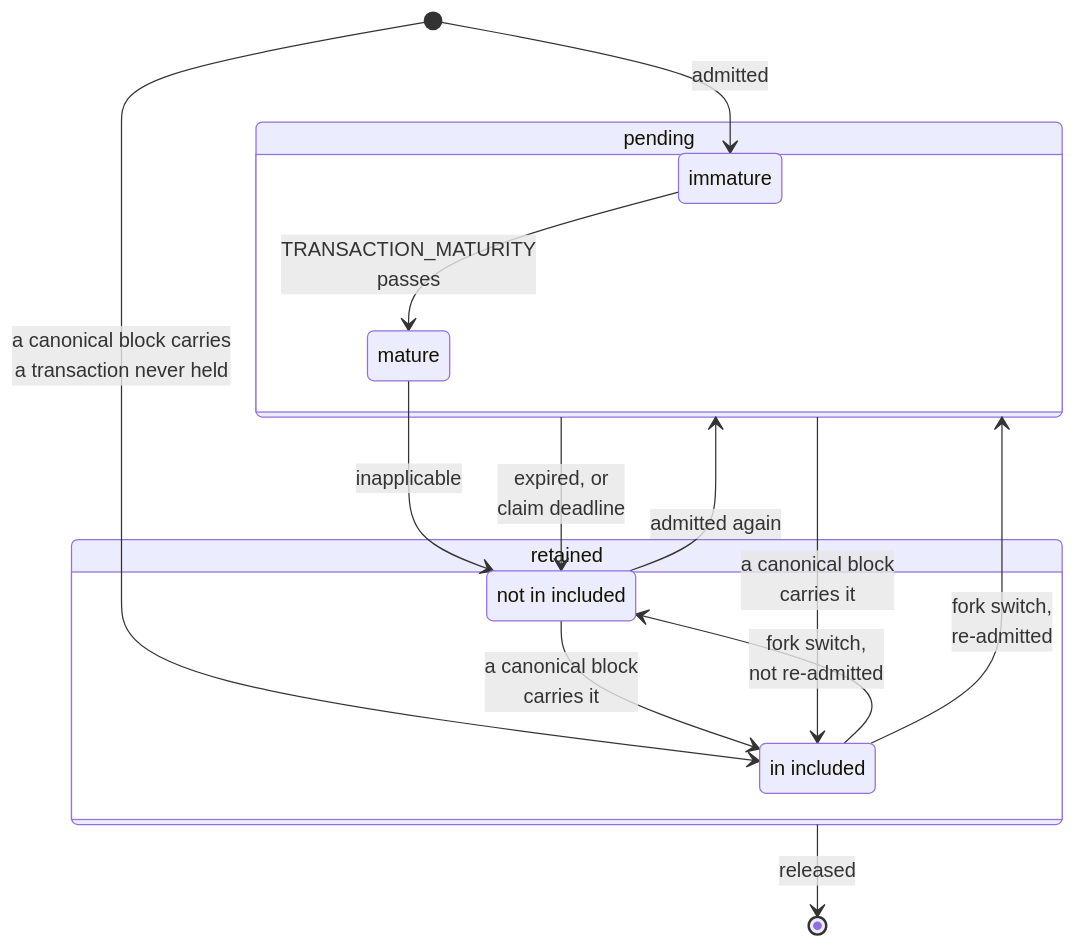
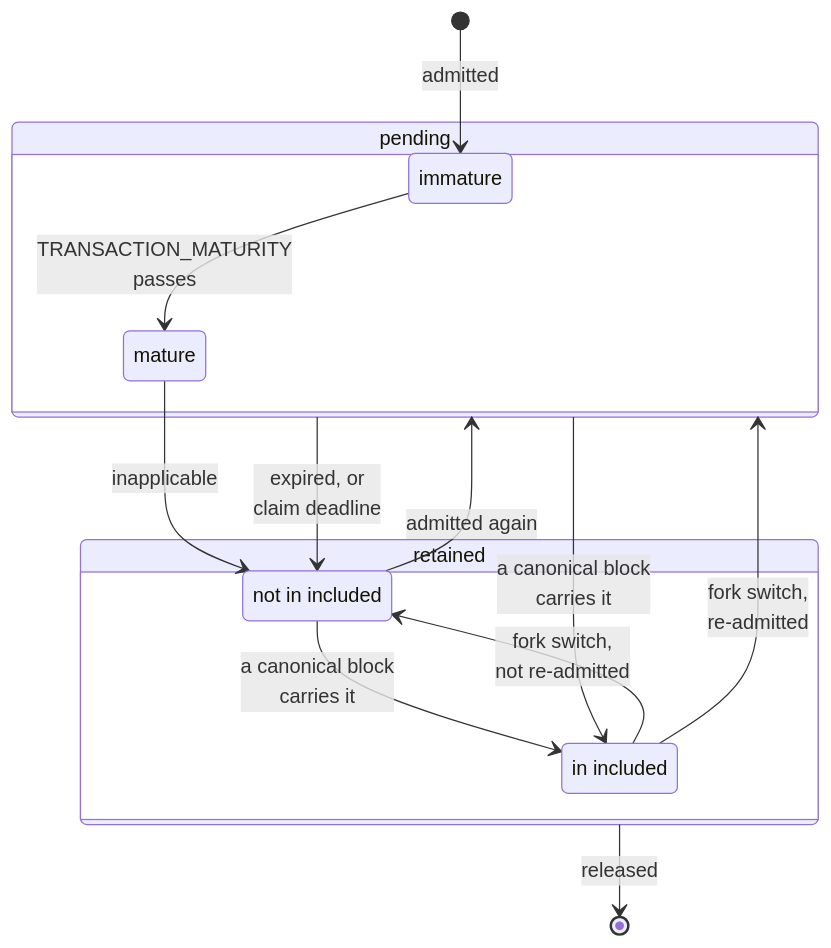
Before and after one commit to logos-co/logos-lips: the third of 4 diagrams in docs/blockchain/raw/mempool.md, drawn with Mermaid. The commit also changed other lines of this file, not shown here.

First line of the commit message:
docs(blockchain): keep only held transactions in included, until immutable

````diff
--- a/docs/blockchain/raw/mempool.md
+++ b/docs/blockchain/raw/mempool.md
@@ -160,23 +160,22 @@
 ```mermaid
 stateDiagram-v2
     direction TB
     state "pending" as p {
         state "immature" as im
         state "mature" as ma
         im --> ma: TRANSACTION_MATURITY<br/>passes
     }
     state "retained" as r {
         state "in included" as inc
         state "not in included" as ni
     }
     [*] --> im: admitted
-    [*] --> inc: a canonical block carries<br/>a transaction never held
     p --> inc: a canonical block<br/>carries it
     ni --> inc: a canonical block<br/>carries it
     ma --> ni: inapplicable
     p --> ni: expired, or<br/>claim deadline
     inc --> p: fork switch,<br/>re-admitted
     inc --> ni: fork switch,<br/>not re-admitted
     ni --> p: admitted again
     r --> [*]: released
 ```
````
